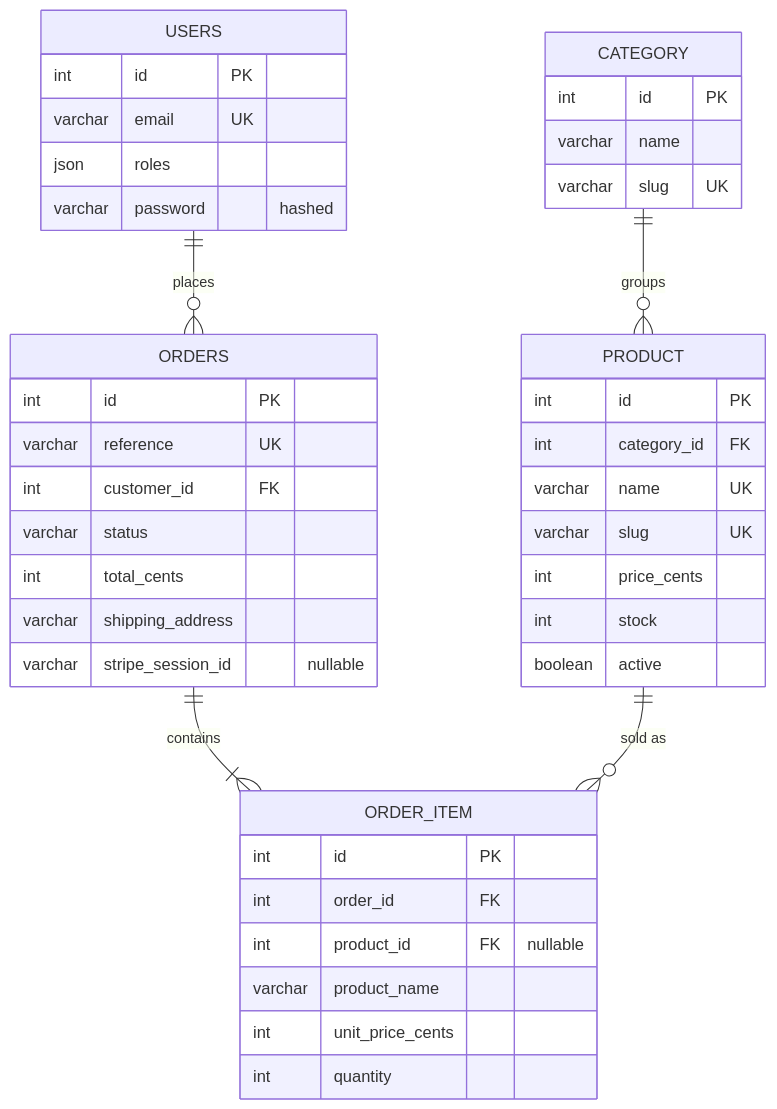
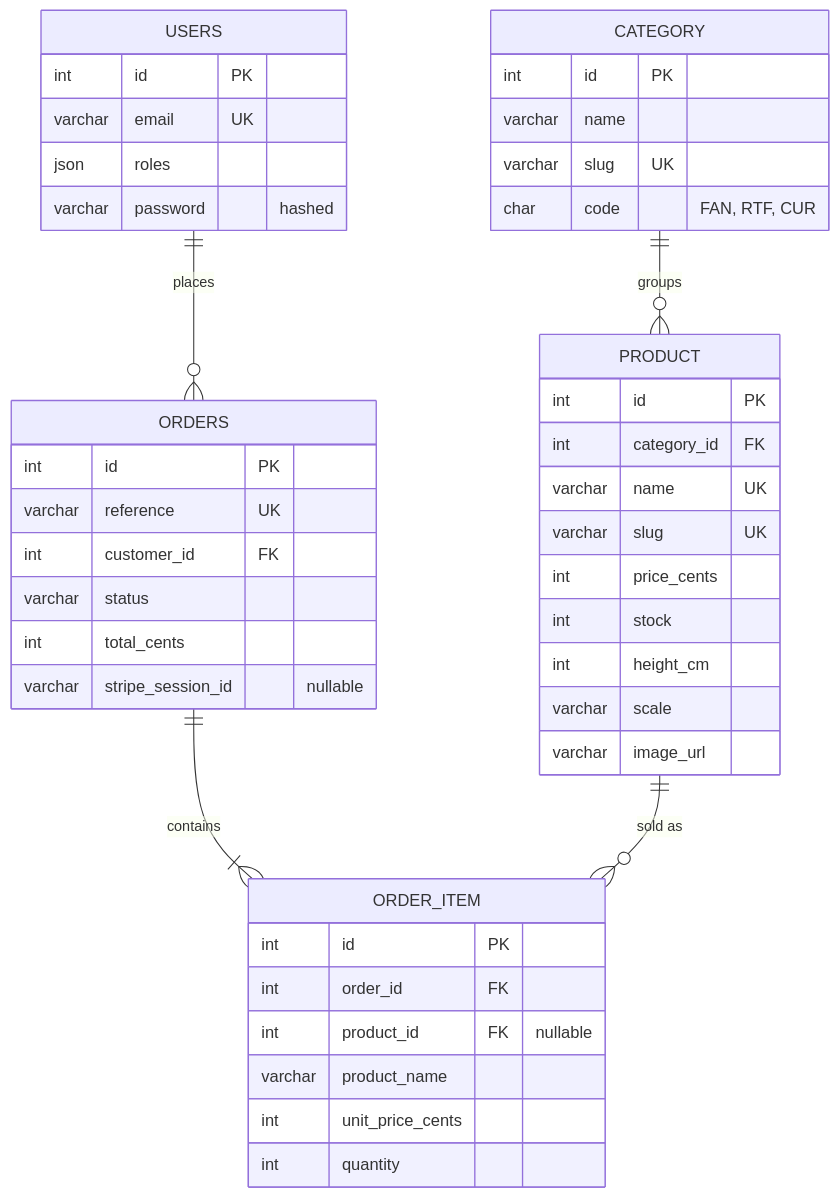
The diagram in README.md (puremax-lab/Figurama), drawn with Mermaid before and after one commit. The commit also changed other lines of this file and 41 other files, not shown here.

````diff
--- a/README.md
+++ b/README.md
@@ -76,45 +58,47 @@
 ```mermaid
 erDiagram
     CATEGORY ||--o{ PRODUCT : "groups"
     USERS ||--o{ ORDERS : "places"
     ORDERS ||--|{ ORDER_ITEM : "contains"
     PRODUCT ||--o{ ORDER_ITEM : "sold as"
 
     CATEGORY {
         int id PK
         varchar name
         varchar slug UK
+        char code "FAN, RTF, CUR"
     }
     PRODUCT {
         int id PK
         int category_id FK
         varchar name UK
         varchar slug UK
         int price_cents
         int stock
-        boolean active
+        int height_cm
+        varchar scale
+        varchar image_url
     }
     USERS {
         int id PK
         varchar email UK
         json roles
         varchar password "hashed"
     }
     ORDERS {
         int id PK
         varchar reference UK
         int customer_id FK
         varchar status
         int total_cents
-        varchar shipping_address
         varchar stripe_session_id "nullable"
     }
     ORDER_ITEM {
         int id PK
         int order_id FK
         int product_id FK "nullable"
         varchar product_name
         int unit_price_cents
         int quantity
     }
 ```
````
